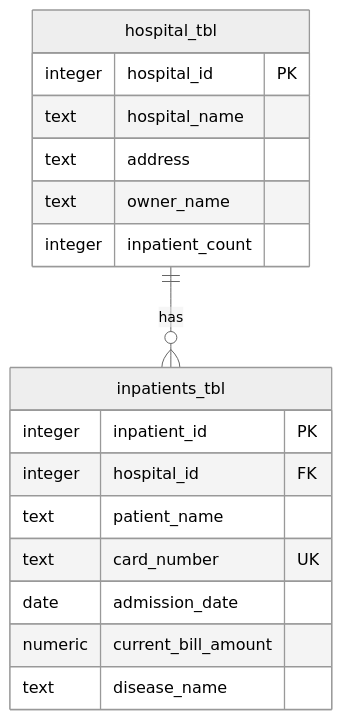
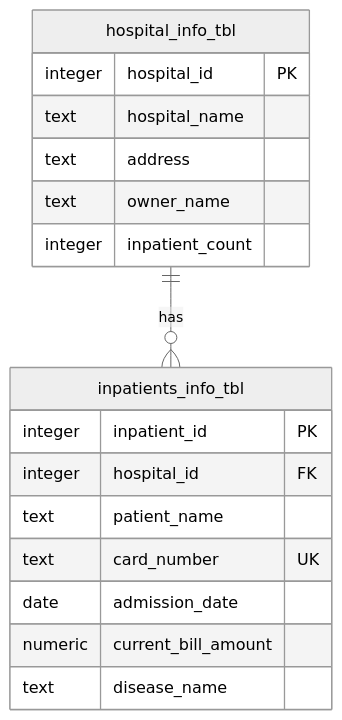
One commit to manojshetty28/hospitalportalbyclaude changed the second of 2 diagrams in docs/business-spec.md. Above: the diagram before and after it, drawn with Mermaid (neutral theme). The commit also changed other lines of this file, not shown here.

First line of the commit message:
Rename tables to hospital_info_tbl and inpatients_info_tbl

````diff
--- a/docs/business-spec.md
+++ b/docs/business-spec.md
@@ -90,20 +90,20 @@
 ```mermaid
 erDiagram
-  hospital_tbl ||--o{ inpatients_tbl : "has"
-  hospital_tbl {
+  hospital_info_tbl ||--o{ inpatients_info_tbl : "has"
+  hospital_info_tbl {
     integer hospital_id PK
     text hospital_name
     text address
     text owner_name
     integer inpatient_count
   }
-  inpatients_tbl {
+  inpatients_info_tbl {
     integer inpatient_id PK
     integer hospital_id FK
     text patient_name
     text card_number UK
     date admission_date
     numeric current_bill_amount
     text disease_name
   }
 ```
````
